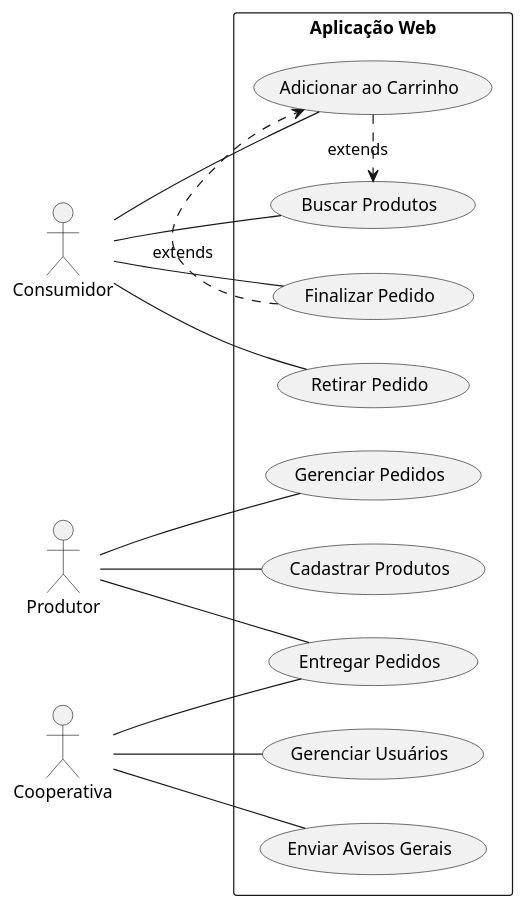
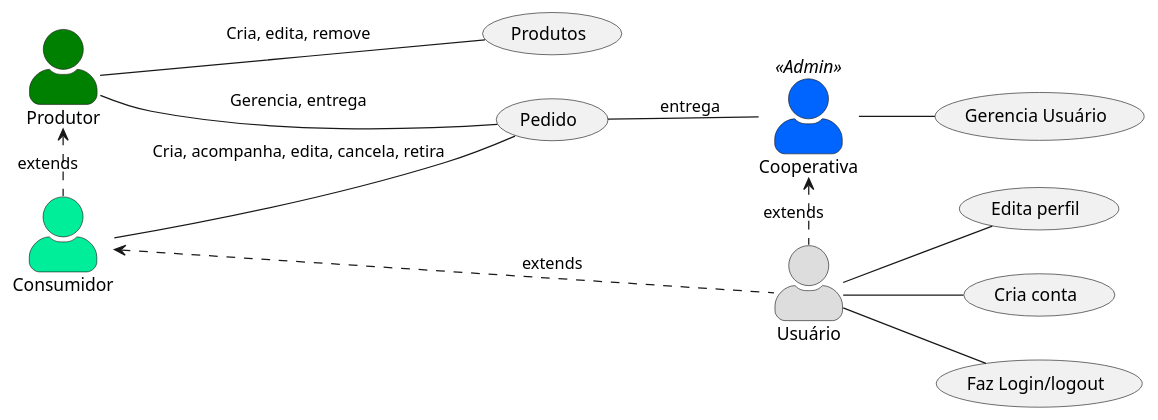
The diagram in docs/diagrams/usecase.puml (bruflor/comercio-vizinho), drawn with PlantUML before and after one commit.

Commit message:
Atualizando usecase generico com mais correlações

```diff
--- a/docs/diagrams/usecase.puml
+++ b/docs/diagrams/usecase.puml
@@ -1,24 +1,25 @@
 @startuml
+skinparam actorStyle awesome
+
 left to right direction
-actor Consumidor
-actor Produtor
-actor Cooperativa
+actor Consumidor #00EE99
+actor Produtor #green
+actor Cooperativa <<Admin>> #0064FF
+actor Usuário #ddd
 
-rectangle "Aplicação Web" {
-  Consumidor -- (Buscar Produtos)
-  Consumidor -- (Adicionar ao Carrinho)
-  Consumidor -- (Finalizar Pedido)
-  Consumidor -- (Retirar Pedido)
+  Usuário -- (Edita perfil)
+  Usuário -- (Cria conta)
+  Usuário -- (Faz Login/logout)
 
-  Produtor -- (Cadastrar Produtos)
-  Produtor -- (Gerenciar Pedidos)
-  Produtor -- (Entregar Pedidos)
+  Consumidor -- (Pedido) : Cria, acompanha, edita, cancela, retira
+  Produtor -- (Produtos): Cria, edita, remove
 
-  Cooperativa -- (Gerenciar Usuários)
-  Cooperativa -- (Enviar Avisos Gerais)
-  Cooperativa -- (Entregar Pedidos)
-}
+  Produtor -- (Pedido) : Gerencia, entrega
+  (Pedido) -- Cooperativa: entrega
 
-(Adicionar ao Carrinho) .> (Buscar Produtos) : extends
-(Finalizar Pedido) .> (Adicionar ao Carrinho) : extends
+  Cooperativa -- (Gerencia Usuário)
+
+  Consumidor <. Usuário : extends
+  Produtor <. Consumidor : extends
+  Cooperativa <. Usuário : extends
 @enduml
```
